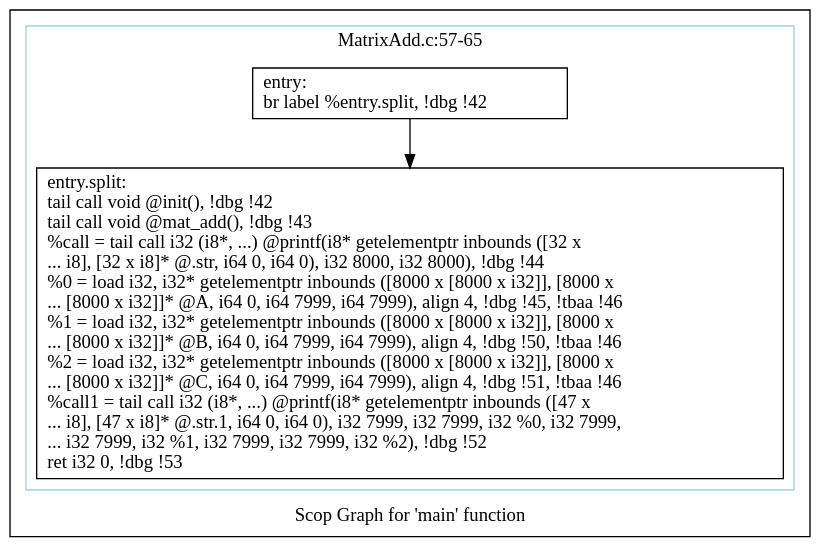
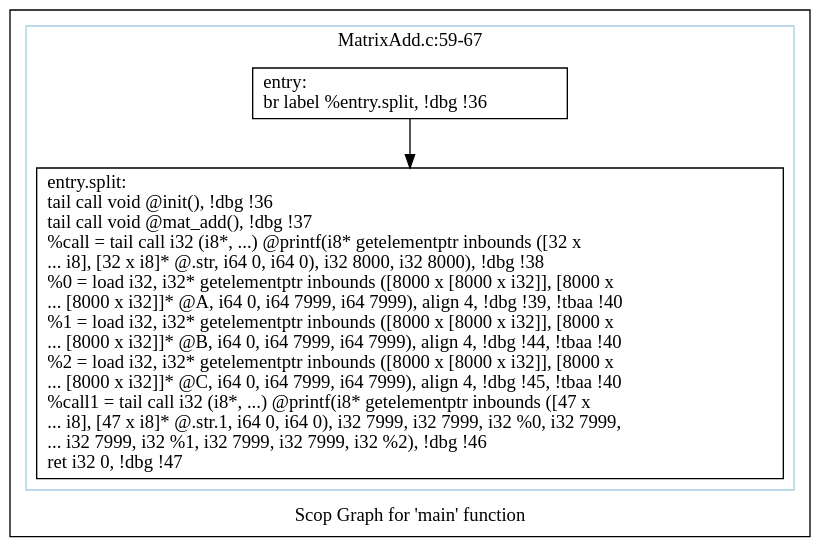
Before and after one commit to samminweng/WhileyOpenCL: the diagram in polly/MatrixAdd/impl/handwritten/dot/scops.main.dot, drawn with Graphviz. The commit also changed 15 other files, not shown here.

Commit message:
Declared 'init' and 'mat_add' as noinline functions The 'noinline' function attribute prevents gcc/clang from inlining functions.

```diff
--- a/polly/MatrixAdd/impl/handwritten/dot/scops.main.dot
+++ b/polly/MatrixAdd/impl/handwritten/dot/scops.main.dot
@@ -1,16 +1,16 @@
 digraph "Scop Graph for 'main' function" {
 	label="Scop Graph for 'main' function";
 
-	Node0xaf35740 [shape=record,label="{entry:\l  br label %entry.split, !dbg !42\l}"];
-	Node0xaf35740 -> Node0xae95740;
-	Node0xae95740 [shape=record,label="{entry.split:                                      \l  tail call void @init(), !dbg !42\l  tail call void @mat_add(), !dbg !43\l  %call = tail call i32 (i8*, ...) @printf(i8* getelementptr inbounds ([32 x\l... i8], [32 x i8]* @.str, i64 0, i64 0), i32 8000, i32 8000), !dbg !44\l  %0 = load i32, i32* getelementptr inbounds ([8000 x [8000 x i32]], [8000 x\l... [8000 x i32]]* @A, i64 0, i64 7999, i64 7999), align 4, !dbg !45, !tbaa !46\l  %1 = load i32, i32* getelementptr inbounds ([8000 x [8000 x i32]], [8000 x\l... [8000 x i32]]* @B, i64 0, i64 7999, i64 7999), align 4, !dbg !50, !tbaa !46\l  %2 = load i32, i32* getelementptr inbounds ([8000 x [8000 x i32]], [8000 x\l... [8000 x i32]]* @C, i64 0, i64 7999, i64 7999), align 4, !dbg !51, !tbaa !46\l  %call1 = tail call i32 (i8*, ...) @printf(i8* getelementptr inbounds ([47 x\l... i8], [47 x i8]* @.str.1, i64 0, i64 0), i32 7999, i32 7999, i32 %0, i32 7999,\l... i32 7999, i32 %1, i32 7999, i32 7999, i32 %2), !dbg !52\l  ret i32 0, !dbg !53\l}"];
+	Node0x92a4110 [shape=record,label="{entry:\l  br label %entry.split, !dbg !36\l}"];
+	Node0x92a4110 -> Node0x929f3b0;
+	Node0x929f3b0 [shape=record,label="{entry.split:                                      \l  tail call void @init(), !dbg !36\l  tail call void @mat_add(), !dbg !37\l  %call = tail call i32 (i8*, ...) @printf(i8* getelementptr inbounds ([32 x\l... i8], [32 x i8]* @.str, i64 0, i64 0), i32 8000, i32 8000), !dbg !38\l  %0 = load i32, i32* getelementptr inbounds ([8000 x [8000 x i32]], [8000 x\l... [8000 x i32]]* @A, i64 0, i64 7999, i64 7999), align 4, !dbg !39, !tbaa !40\l  %1 = load i32, i32* getelementptr inbounds ([8000 x [8000 x i32]], [8000 x\l... [8000 x i32]]* @B, i64 0, i64 7999, i64 7999), align 4, !dbg !44, !tbaa !40\l  %2 = load i32, i32* getelementptr inbounds ([8000 x [8000 x i32]], [8000 x\l... [8000 x i32]]* @C, i64 0, i64 7999, i64 7999), align 4, !dbg !45, !tbaa !40\l  %call1 = tail call i32 (i8*, ...) @printf(i8* getelementptr inbounds ([47 x\l... i8], [47 x i8]* @.str.1, i64 0, i64 0), i32 7999, i32 7999, i32 %0, i32 7999,\l... i32 7999, i32 %1, i32 7999, i32 7999, i32 %2), !dbg !46\l  ret i32 0, !dbg !47\l}"];
 	colorscheme = "paired12"
-        subgraph cluster_0xaf6d1f0 {
-          label = "MatrixAdd.c:57-65
+        subgraph cluster_0x92a41b0 {
+          label = "MatrixAdd.c:59-67
 ";
           style = solid;
           color = 1
-          Node0xaf35740;
-          Node0xae95740;
+          Node0x92a4110;
+          Node0x929f3b0;
         }
 }
```
